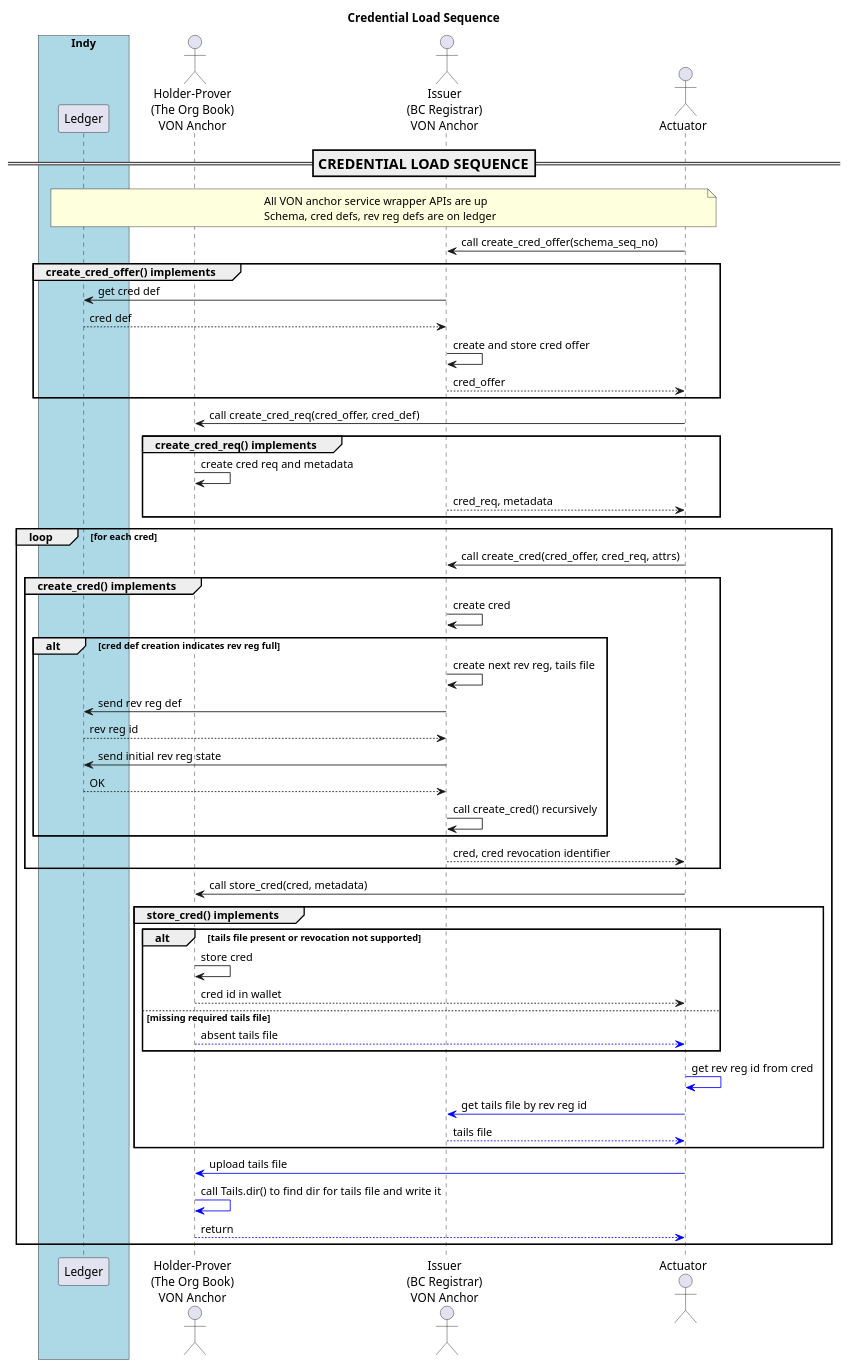
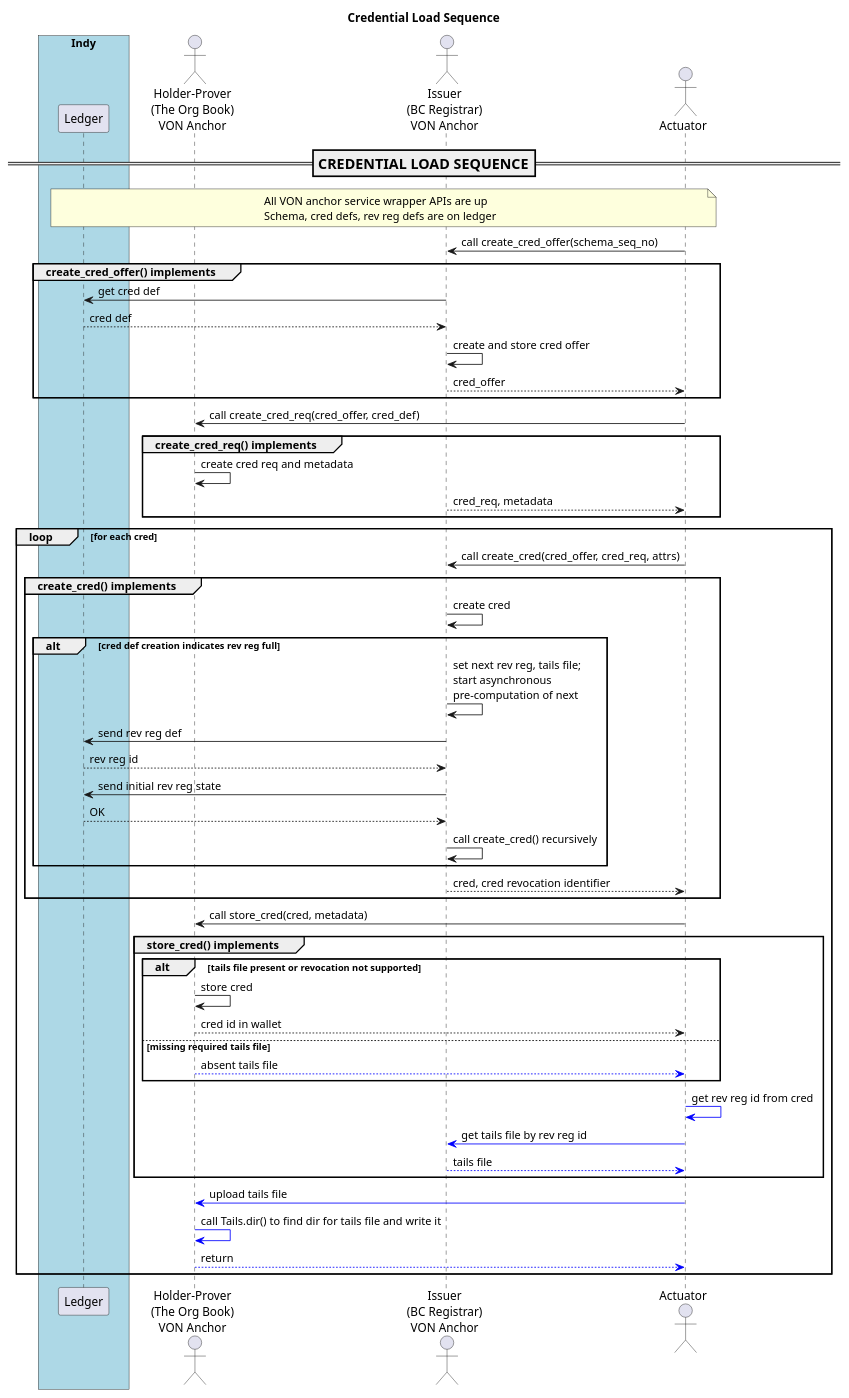
The diagram in doc/pic/src/cred-load.puml (PSPC-SPAC-buyandsell/von_base), drawn with PlantUML before and after one commit. The commit also changed 9 other files, not shown here.

```diff
--- a/doc/pic/src/cred-load.puml
+++ b/doc/pic/src/cred-load.puml
@@ -1,84 +1,84 @@
 @startuml
 /'
 Copyright 2017-2018 Government of Canada - Public Services and Procurement Canada - buyandsell.gc.ca
 
 Licensed under the Apache License, Version 2.0 (the "License");
 you may not use this file except in compliance with the License.
 You may obtain a copy of the License at
 
 http://www.apache.org/licenses/LICENSE-2.0
 
 Unless required by applicable law or agreed to in writing, software
 distributed under the License is distributed on an "AS IS" BASIS,
 WITHOUT WARRANTIES OR CONDITIONS OF ANY KIND, either express or implied.
 See the License for the specific language governing permissions and
 limitations under the License.
 '/
 
 skinparam ParticipantPadding 20
 skinparam BoxPadding 20
 
 title Credential Load Sequence
 
 box "Indy" #LightBlue
     participant "Ledger" as ledger
 endbox
 
 actor "Holder-Prover\n(The Org Book)\nVON Anchor" as oban
 actor "Issuer\n(BC Registrar)\nVON Anchor" as bcran
 actor "Actuator" as ator
 
 === CREDENTIAL LOAD SEQUENCE ==
 
 note over ledger, ator
     All VON anchor service wrapper APIs are up
     Schema, cred defs, rev reg defs are on ledger
 endnote
 
 ator -> bcran: call create_cred_offer(schema_seq_no)
 group create_cred_offer() implements
     bcran -> ledger: get cred def
     ledger --> bcran: cred def
     bcran -> bcran: create and store cred offer
     bcran --> ator: cred_offer
 end
 
 ator -> oban: call create_cred_req(cred_offer, cred_def)
 group create_cred_req() implements
     oban -> oban: create cred req and metadata
     bcran --> ator: cred_req, metadata
 end
 
 loop for each cred
     ator -> bcran: call create_cred(cred_offer, cred_req, attrs)
     group create_cred() implements
         bcran -> bcran: create cred
         alt cred def creation indicates rev reg full
-            bcran -> bcran: create next rev reg, tails file
+            bcran -> bcran: set next rev reg, tails file;\nstart asynchronous\npre-computation of next
             bcran -> ledger: send rev reg def
             ledger --> bcran: rev reg id
             bcran -> ledger: send initial rev reg state
             ledger --> bcran: OK
             bcran -> bcran: call create_cred() recursively
         end
         bcran --> ator: cred, cred revocation identifier
     end
 
     ator -> oban: call store_cred(cred, metadata)
     group store_cred() implements
         alt tails file present or revocation not supported
             oban -> oban: store cred
             oban --> ator: cred id in wallet
         else missing required tails file
             oban -[#blue]-> ator: absent tails file
         end
         ator -[#blue]> ator: get rev reg id from cred
         ator -[#blue]> bcran: get tails file by rev reg id
         bcran -[#blue]-> ator: tails file
     end
     ator -[#blue]> oban: upload tails file
     oban -[#blue]> oban: call Tails.dir() to find dir for tails file and write it
     oban -[#blue]-> ator: return
 end
 
 @enduml
```
